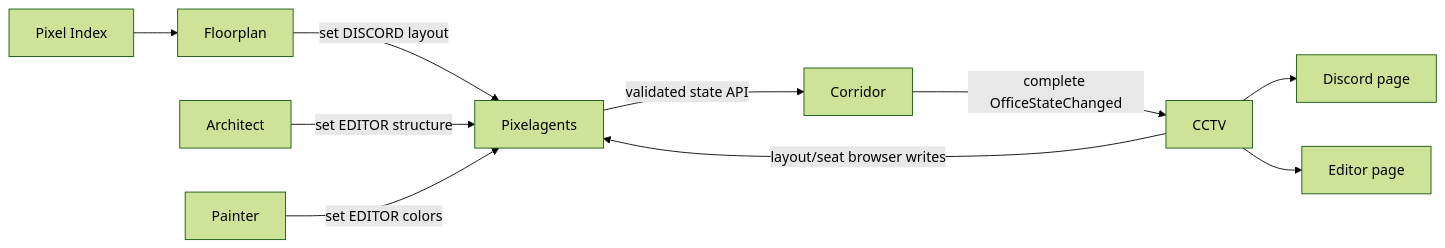
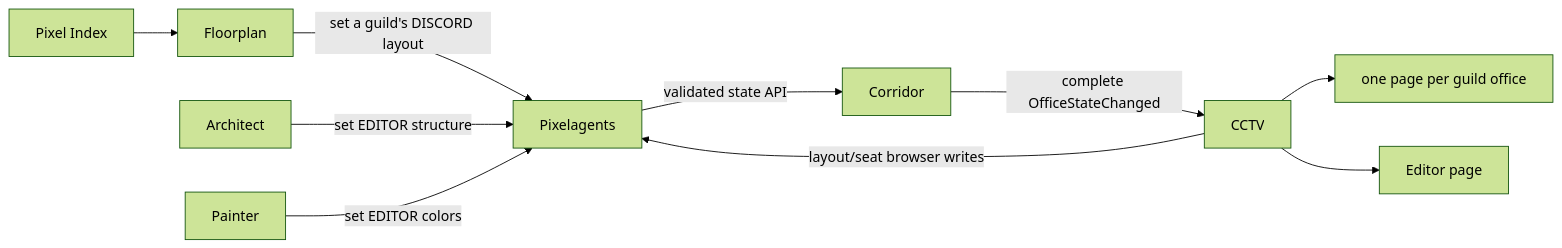
Before and after one commit to pixel-agents-hq/pixel-agents-cogs: the second of 3 diagrams in docs/architecture.md, drawn with Mermaid (forest theme). The commit also changed other lines of this file and 74 other files, not shown here.

First line of the commit message:
feat(cctv,corridor,pixelagents,floorplan): one Pixel Agents office per Discord server (#107)

````diff
--- a/docs/architecture.md
+++ b/docs/architecture.md
@@ -116,12 +119,12 @@
 ```mermaid
 flowchart LR
     PixelIndex["Pixel Index"] --> Floorplan
-    Floorplan -->|set DISCORD layout| Pixelagents
+    Floorplan -->|set a guild's DISCORD layout| Pixelagents
     Architect -->|set EDITOR structure| Pixelagents
     Painter -->|set EDITOR colors| Pixelagents
     CCTV -->|layout/seat browser writes| Pixelagents
     Pixelagents -->|validated state API| Corridor
     Corridor -->|complete OfficeStateChanged| CCTV
-    CCTV --> DiscordPage["Discord page"]
+    CCTV --> OfficePages["one page per guild office"]
     CCTV --> EditorPage["Editor page"]
 ```
````
